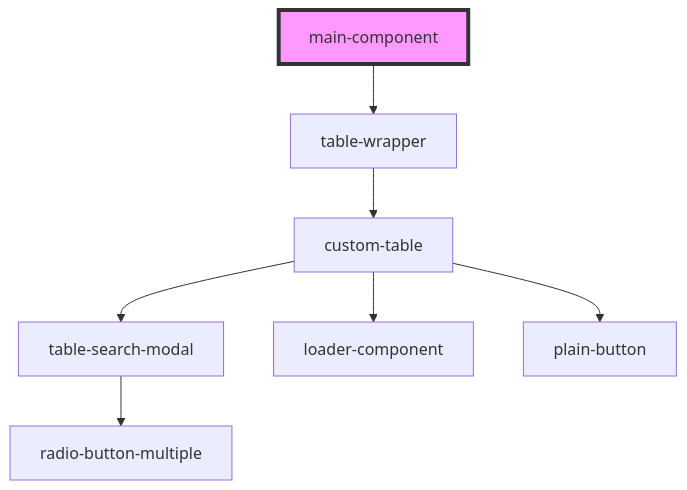
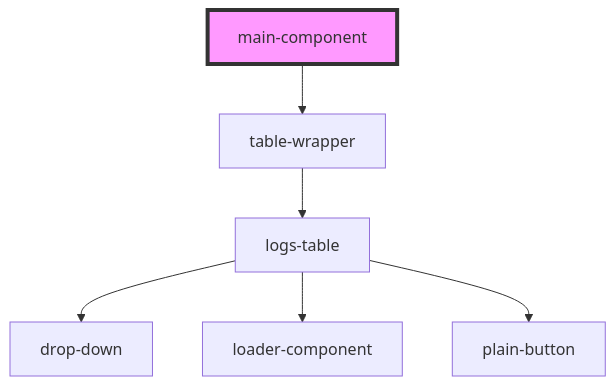
The diagram in src/components/main-component/readme.md (techvariable/NeptuneConnectComponents), drawn with Mermaid before and after one commit. The commit also changed 11 other files, not shown here.

````diff
--- a/src/components/main-component/readme.md
+++ b/src/components/main-component/readme.md
@@ -15,10 +15,9 @@
 ```mermaid
 graph TD;
   main-component --> table-wrapper
-  table-wrapper --> custom-table
-  custom-table --> table-search-modal
-  custom-table --> loader-component
-  custom-table --> plain-button
-  table-search-modal --> radio-button-multiple
+  table-wrapper --> logs-table
+  logs-table --> drop-down
+  logs-table --> loader-component
+  logs-table --> plain-button
   style main-component fill:#f9f,stroke:#333,stroke-width:4px
 ```
````
